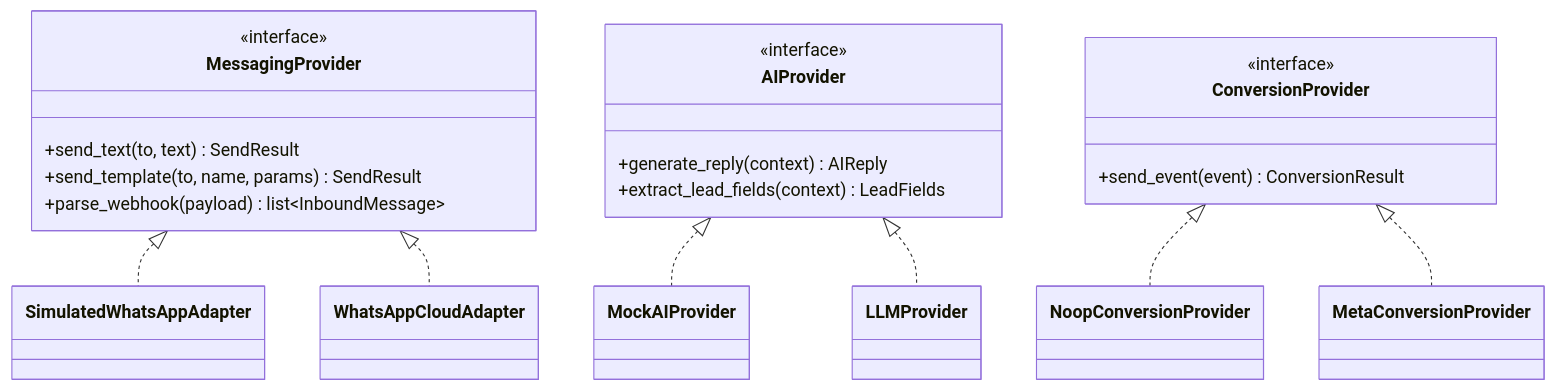
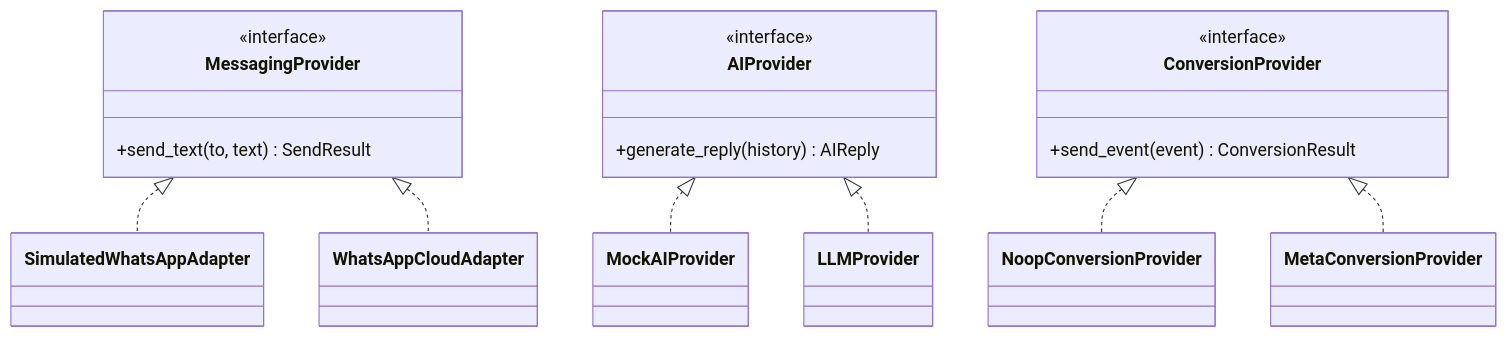
One commit to rezaalvinff/dipo-ai-lead-management changed the second of 4 diagrams in docs/ARCHITECTURE.md. Above: the diagram before and after it, drawn with Mermaid. The commit also changed other lines of this file and 98 other files, not shown here.

````diff
--- a/docs/ARCHITECTURE.md
+++ b/docs/ARCHITECTURE.md
@@ -90,32 +108,29 @@
 ```mermaid
 classDiagram
     class MessagingProvider {
         <<interface>>
         +send_text(to, text) SendResult
-        +send_template(to, name, params) SendResult
-        +parse_webhook(payload) list~InboundMessage~
     }
     class SimulatedWhatsAppAdapter
     class WhatsAppCloudAdapter
     MessagingProvider <|.. SimulatedWhatsAppAdapter
     MessagingProvider <|.. WhatsAppCloudAdapter
 
     class AIProvider {
         <<interface>>
-        +generate_reply(context) AIReply
-        +extract_lead_fields(context) LeadFields
+        +generate_reply(history) AIReply
     }
     class MockAIProvider
     class LLMProvider
     AIProvider <|.. MockAIProvider
     AIProvider <|.. LLMProvider
 
     class ConversionProvider {
         <<interface>>
         +send_event(event) ConversionResult
     }
     class NoopConversionProvider
     class MetaConversionProvider
     ConversionProvider <|.. NoopConversionProvider
     ConversionProvider <|.. MetaConversionProvider
 ```
````
